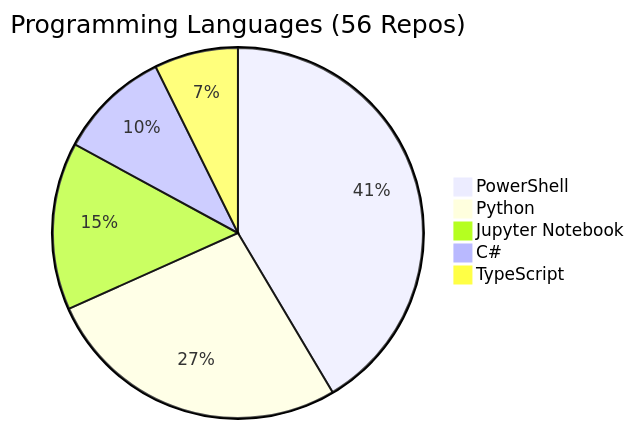
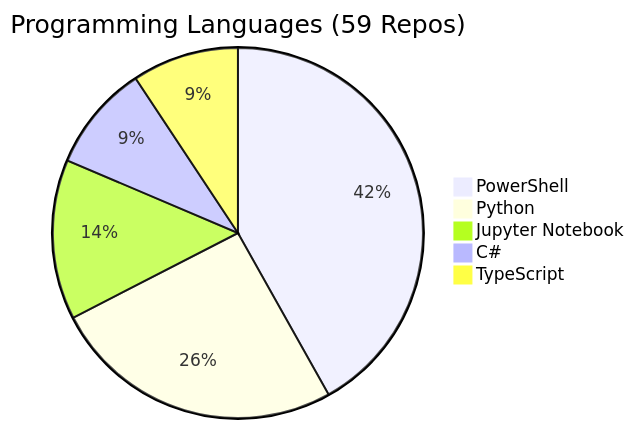
One commit to fabioc-aloha/fabioc-aloha changed the diagram in REPOS.md. Above: the diagram before and after it, drawn with Mermaid. The commit also changed other lines of this file and 1 other file, not shown here.

````diff
--- a/REPOS.md
+++ b/REPOS.md
@@ -99,8 +102,8 @@
 ```mermaid
-pie title Programming Languages (56 Repos)
-    "PowerShell" : 17
+pie title Programming Languages (59 Repos)
+    "PowerShell" : 18
     "Python" : 11
     "Jupyter Notebook" : 6
     "C#" : 4
-    "TypeScript" : 3
+    "TypeScript" : 4
 ```
````
